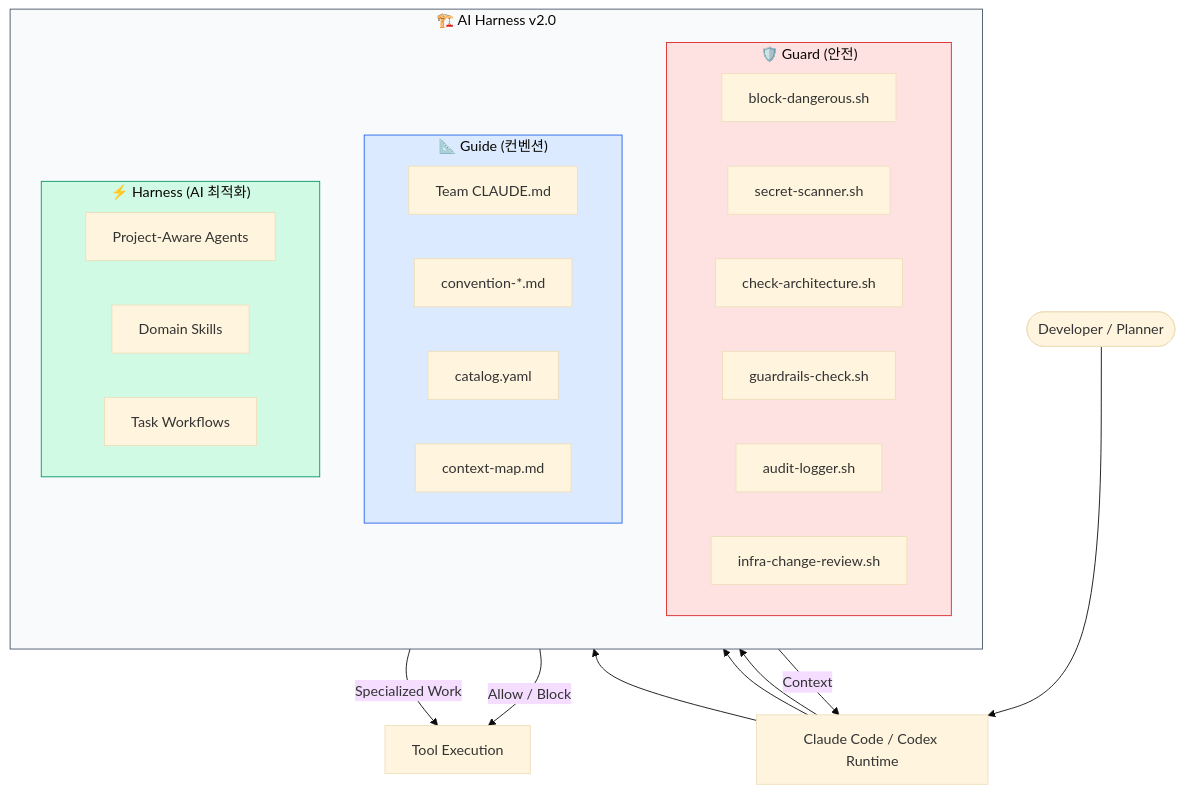
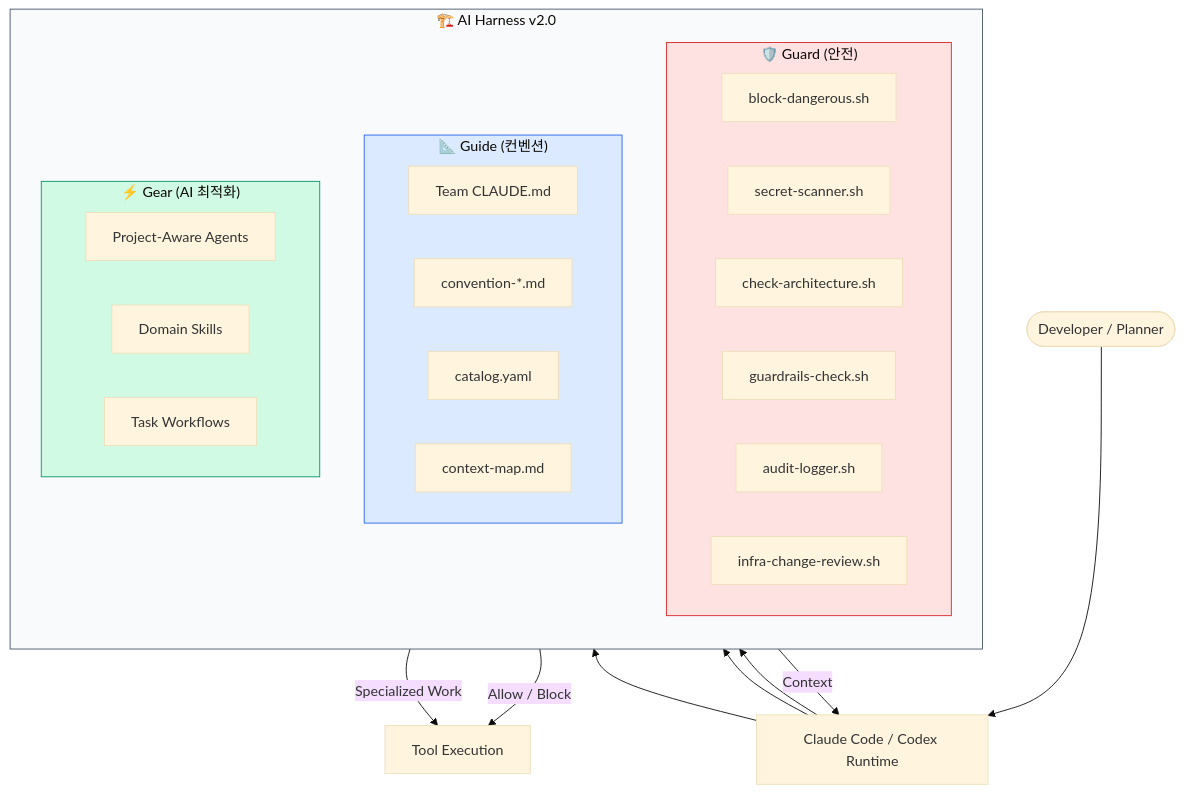
The first of 8 diagrams in docs/architecture-diagram.md (cano721/ai-harness), drawn with Mermaid (base theme) before and after one commit. The commit also changed 3 other files, not shown here.

First line of the commit message:
feat: 3축 명칭 변경 — Guard + Guide + Harness → Guard + Guide + Gear

````diff
--- a/docs/architecture-diagram.md
+++ b/docs/architecture-diagram.md
@@ -7,42 +7,42 @@
 ```mermaid
 graph TB
     subgraph Harness["🏗️ AI Harness v2.0"]
         direction TB
 
         subgraph Guard["🛡️ Guard (안전)"]
             G1[block-dangerous.sh]
             G2[secret-scanner.sh]
             G3[check-architecture.sh]
             G4[guardrails-check.sh]
             G5[audit-logger.sh]
             G6[infra-change-review.sh]
         end
 
         subgraph Guide["📐 Guide (컨벤션)"]
             GU1[Team CLAUDE.md]
             GU2[convention-*.md]
             GU3[catalog.yaml]
             GU4[context-map.md]
         end
 
-        subgraph Optimize["⚡ Harness (AI 최적화)"]
+        subgraph Optimize["⚡ Gear (AI 최적화)"]
             O1[Project-Aware Agents]
             O2[Domain Skills]
             O3[Task Workflows]
         end
     end
 
     User([Developer / Planner]) --> Runtime
     Runtime[Claude Code / Codex Runtime] --> Guard
     Runtime --> Guide
     Runtime --> Optimize
 
     Guard -->|Allow / Block| Result[Tool Execution]
     Guide -->|Context| Runtime
     Optimize -->|Specialized Work| Result
 
     style Guard fill:#fee2e2,stroke:#dc2626
     style Guide fill:#dbeafe,stroke:#2563eb
     style Optimize fill:#d1fae5,stroke:#059669
     style Harness fill:#f8fafc,stroke:#475569
 ```
````
